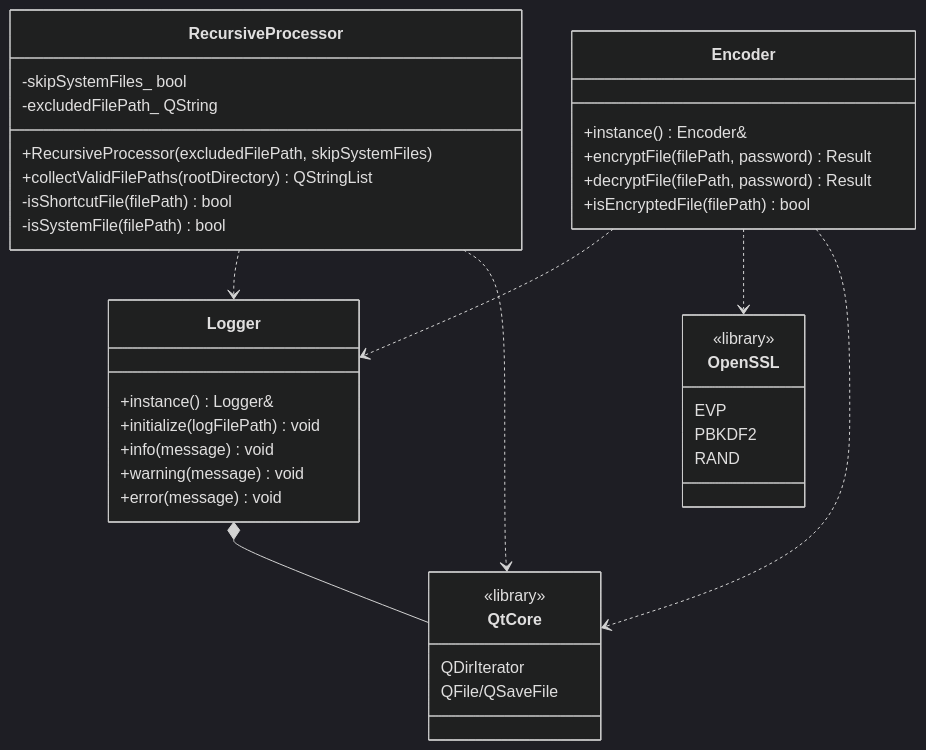
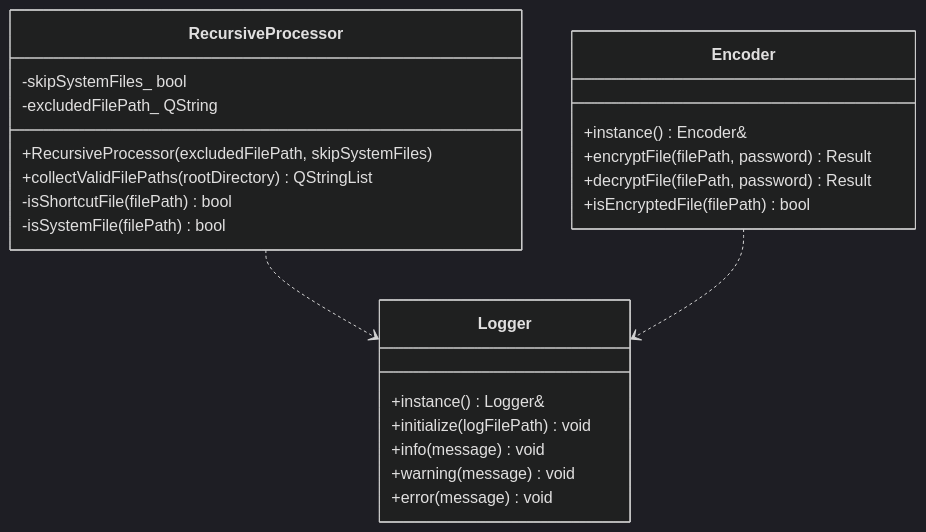
Before and after one commit to Walrus54/lab1RSZI: the diagram in README.md, drawn with Mermaid (dark theme).

Commit message:
Docs: drop external library classes from UML diagram

````diff
--- a/README.md
+++ b/README.md
@@ -28,46 +28,29 @@
 ```mermaid
 classDiagram
     class RecursiveProcessor {
       -skipSystemFiles_ bool
       -excludedFilePath_ QString
       +RecursiveProcessor(excludedFilePath, skipSystemFiles)
       +collectValidFilePaths(rootDirectory) QStringList
       -isShortcutFile(filePath) bool
       -isSystemFile(filePath) bool
     }
 
     class Encoder {
       +instance() Encoder&
       +encryptFile(filePath, password) Result
       +decryptFile(filePath, password) Result
       +isEncryptedFile(filePath) bool
     }
 
     class Logger {
       +instance() Logger&
       +initialize(logFilePath) void
       +info(message) void
       +warning(message) void
       +error(message) void
     }
 
-    class OpenSSL {
-      <<library>>
-      EVP
-      PBKDF2
-      RAND
-    }
-
-    class QtCore {
-      <<library>>
-      QDirIterator
-      QFile/QSaveFile
-    }
-
     RecursiveProcessor ..> Logger
     Encoder ..> Logger
-    Encoder ..> OpenSSL
-    RecursiveProcessor ..> QtCore
-    Encoder ..> QtCore
-    Logger *-- QtCore
 ```
````
